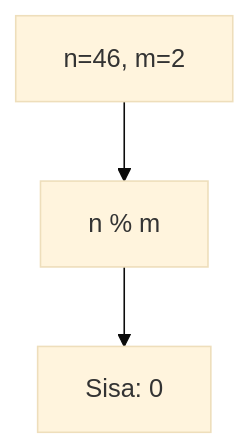
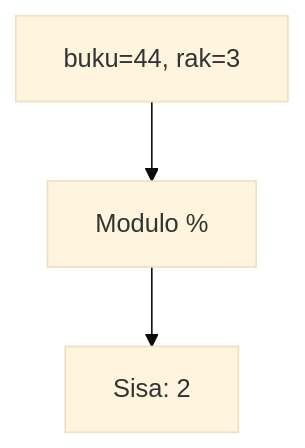
The second of 25 diagrams in part-c-pemahaman-cpp/01-tipe-data/latihan/set-01.md (amnahwaida/OSNK_INF_PREP), drawn with Mermaid (base theme) before and after one commit. The commit also changed other lines of this file and 71 other files, not shown here.

````diff
--- a/part-c-pemahaman-cpp/01-tipe-data/latihan/set-01.md
+++ b/part-c-pemahaman-cpp/01-tipe-data/latihan/set-01.md
@@ -49,5 +50,5 @@
 ```mermaid
 graph TD
-A["n=46, m=2"] --> B["n % m"]
-B --> C["Sisa: 0"]
+A["buku=44, rak=3"] --> B["Modulo %"]
+B --> C["Sisa: 2"]
 ```
````
